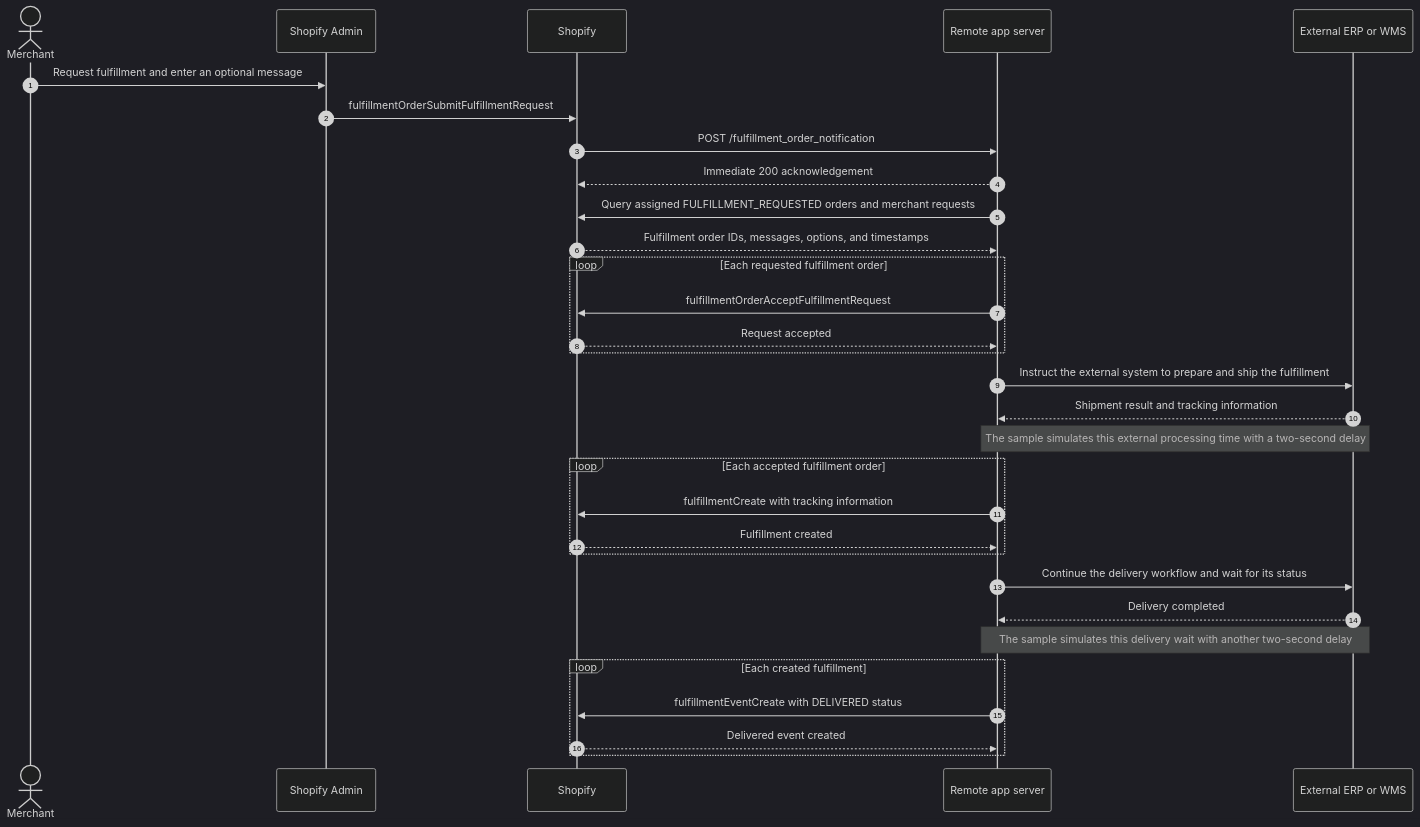
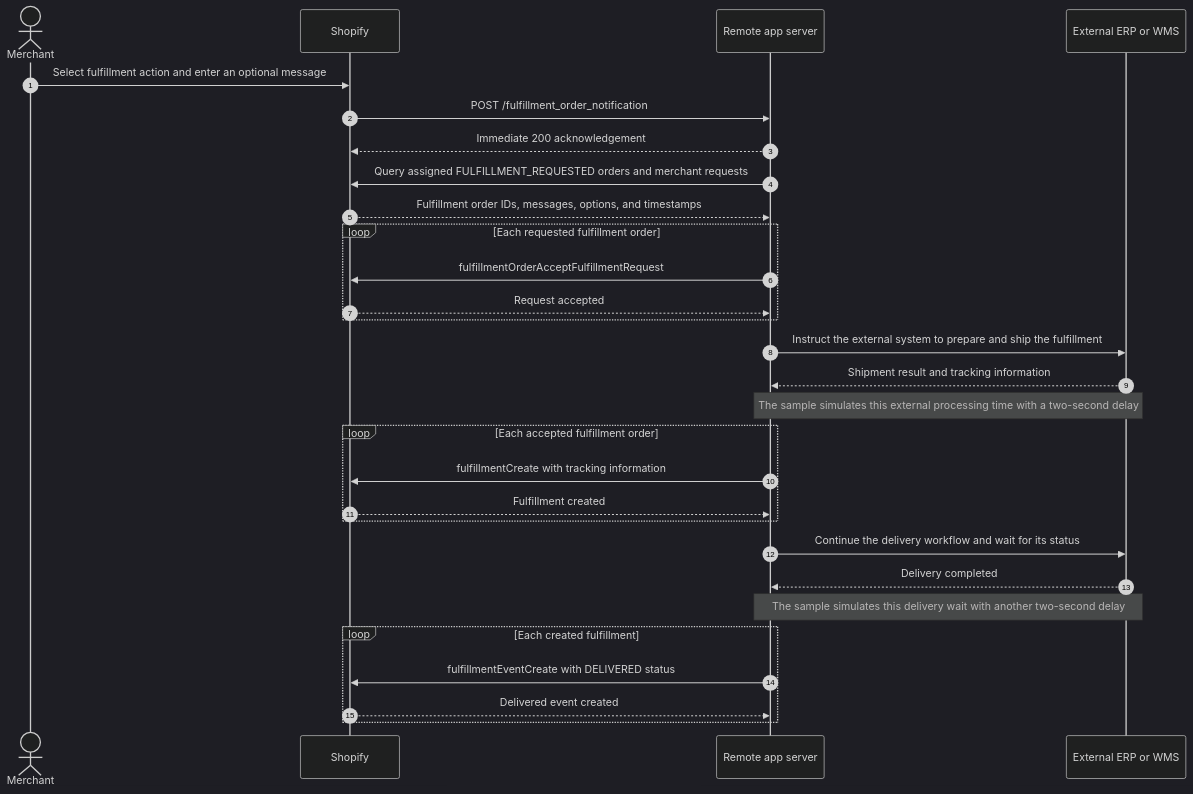
One commit to benzookapi/shopify-barebone-app-sample changed the fourth of 4 diagrams in docs/13-ordermanage.md. Above: the diagram before and after it, drawn with Mermaid (dark theme). The commit also changed other lines of this file, not shown here.

Commit message:
Align fulfillment request sequence with implementation

````diff
--- a/docs/13-ordermanage.md
+++ b/docs/13-ordermanage.md
@@ -114,34 +114,32 @@
 ```mermaid
 sequenceDiagram
     autonumber
     actor Merchant
-    participant Admin as Shopify Admin
     participant Shopify as Shopify
     participant App as Remote app server
     participant ERP as External ERP or WMS
 
-    Merchant->>Admin: Request fulfillment and enter an optional message
-    Admin->>Shopify: fulfillmentOrderSubmitFulfillmentRequest
+    Merchant->>Shopify: Select fulfillment action and enter an optional message
     Shopify->>App: POST /fulfillment_order_notification
     App-->>Shopify: Immediate 200 acknowledgement
     App->>Shopify: Query assigned FULFILLMENT_REQUESTED orders and merchant requests
     Shopify-->>App: Fulfillment order IDs, messages, options, and timestamps
     loop Each requested fulfillment order
         App->>Shopify: fulfillmentOrderAcceptFulfillmentRequest
         Shopify-->>App: Request accepted
     end
     App->>ERP: Instruct the external system to prepare and ship the fulfillment
     ERP-->>App: Shipment result and tracking information
     Note over App,ERP: The sample simulates this external processing time with a two-second delay
     loop Each accepted fulfillment order
         App->>Shopify: fulfillmentCreate with tracking information
         Shopify-->>App: Fulfillment created
     end
     App->>ERP: Continue the delivery workflow and wait for its status
     ERP-->>App: Delivery completed
     Note over App,ERP: The sample simulates this delivery wait with another two-second delay
     loop Each created fulfillment
         App->>Shopify: fulfillmentEventCreate with DELIVERED status
         Shopify-->>App: Delivered event created
     end
 ```
````
